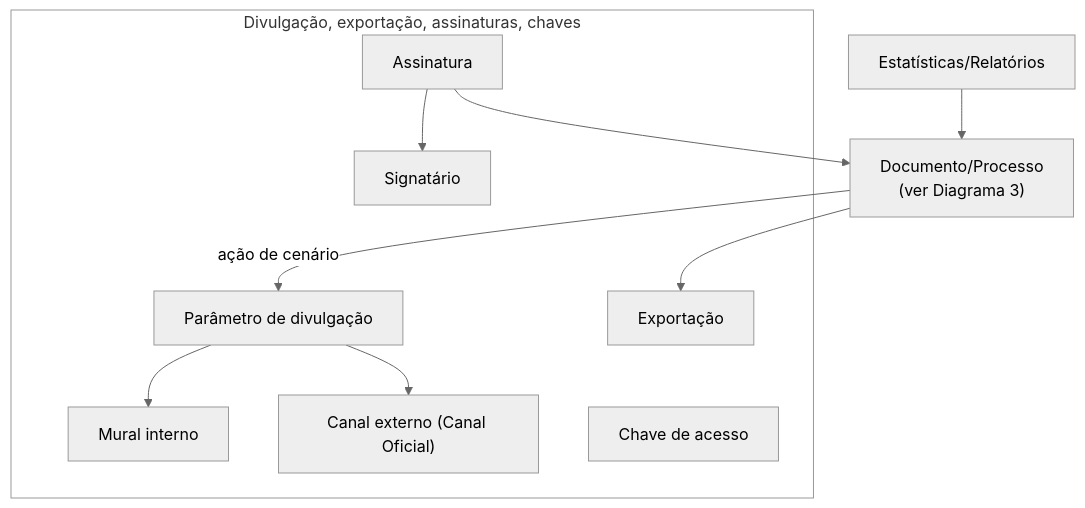
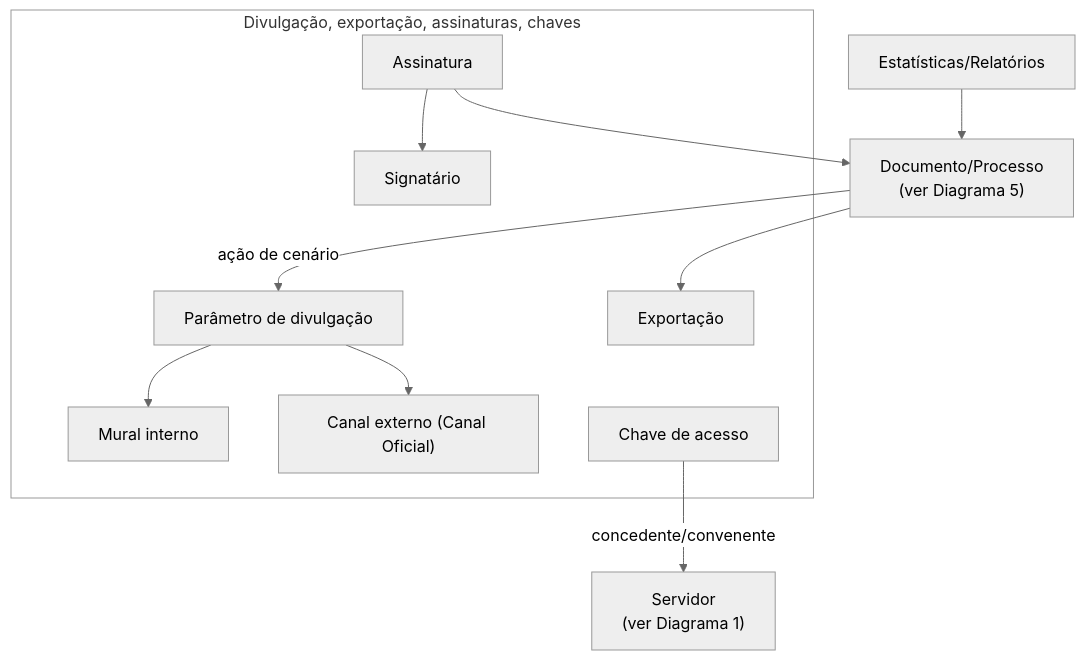
The sixth of 6 diagrams in QA Workspace/02 Demandas/DEV/SGV-11262 - [QA-Automação] Termo de Referência SOGOV/SGV-12082 - Mapeamento de atores e modelo do preset do TR/01 Modelo do preset/04 - Modelo-alvo dos dados do preset.md (RafaCartaxo/brainwork), drawn with Mermaid (neutral theme) before and after one commit. The commit also changed other lines of this file, not shown here.

````diff
--- a/QA Workspace/02 Demandas/DEV/SGV-11262 - [QA-Automação] Termo de Referência SOGOV/SGV-12082 - Mapeamento de atores e modelo do preset do TR/01 Modelo do preset/04 - Modelo-alvo dos dados do preset.md
+++ b/QA Workspace/02 Demandas/DEV/SGV-11262 - [QA-Automação] Termo de Referência SOGOV/SGV-12082 - Mapeamento de atores e modelo do preset do TR/01 Modelo do preset/04 - Modelo-alvo dos dados do preset.md
@@ -142,25 +160,27 @@
 ```mermaid
 flowchart TB
     subgraph C5["Divulgação, exportação, assinaturas, chaves"]
         Divulgacao["Parâmetro de divulgação"]
         MuralInterno["Mural interno"]
         CanalExterno["Canal externo (Canal Oficial)"]
         Exportacao["Exportação"]
         Assinatura["Assinatura"]
         Signatario["Signatário"]
         Chave["Chave de acesso"]
     end
 
     Estatisticas["Estatísticas/Relatórios"]
-    Documento["Documento/Processo<br/>(ver Diagrama 3)"]
+    Documento["Documento/Processo<br/>(ver Diagrama 5)"]
+    Servidor["Servidor<br/>(ver Diagrama 1)"]
 
     Divulgacao --> MuralInterno
     Divulgacao --> CanalExterno
     Assinatura --> Signatario
     Documento -->|"ação de cenário"| Divulgacao
     Documento --> Exportacao
     Assinatura --> Documento
     Estatisticas --> Documento
+    Chave -->|"concedente/convenente"| Servidor
 
     style C5 fill:none,stroke:#999999,stroke-width:1px
 ```
````
